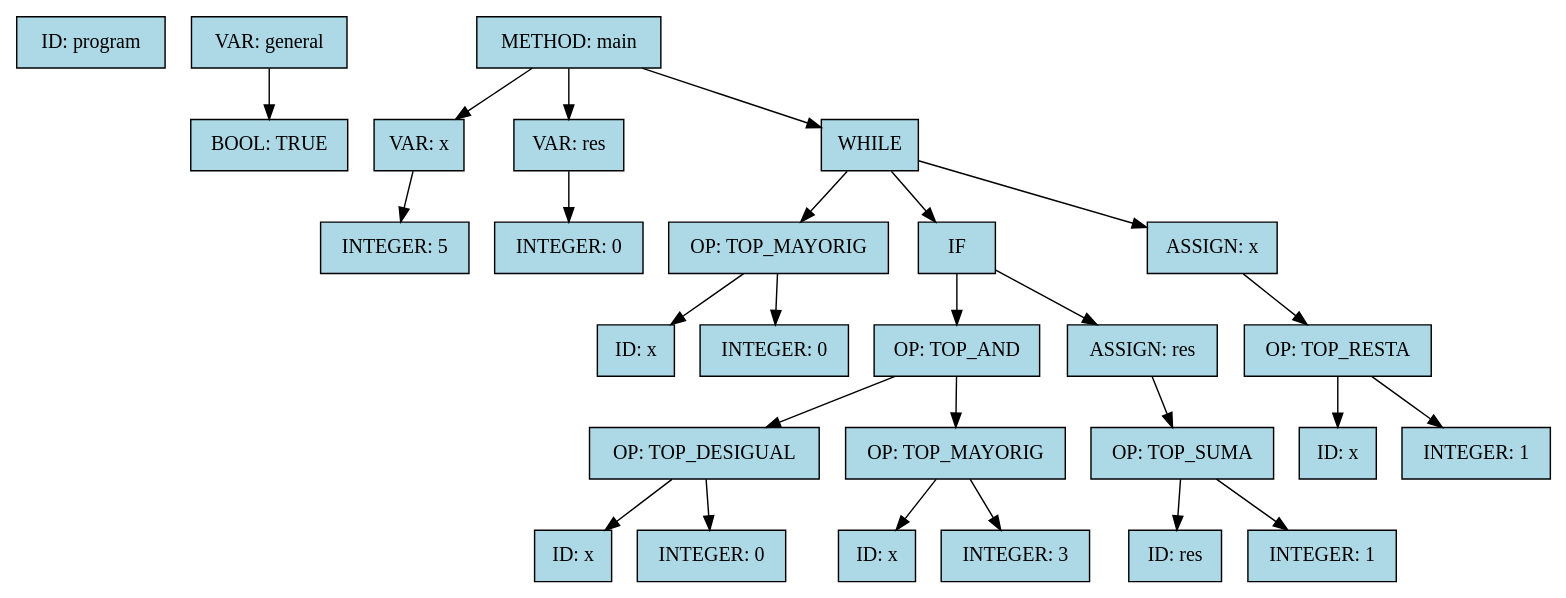
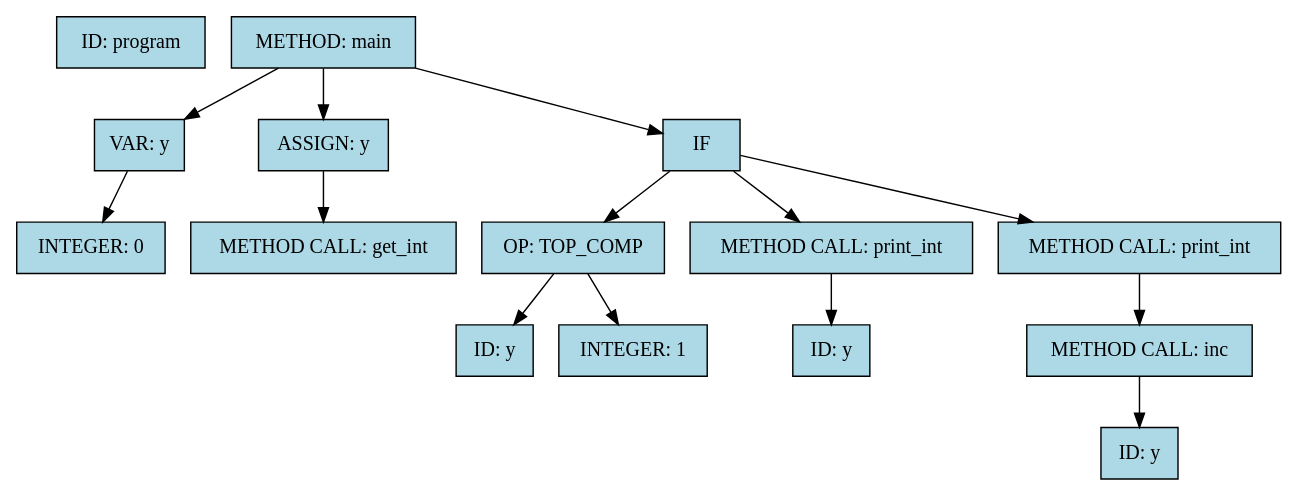
The diagram in ast.dot (joaquinmezzano/proyecto-compiladores), drawn with Graphviz before and after one commit. The commit also changed 3 other files, not shown here.

```diff
--- a/ast.dot
+++ b/ast.dot
@@ -1,57 +1,32 @@
 digraph AST {
   rankdir=TB;
   node [shape=box, style=filled, fillcolor=lightblue];
   "n0" [label="ID: program"];
-  "n1" [label="VAR: general"];
-  "n2" [label="BOOL: TRUE"];
+  "n1" [label="METHOD: main"];
+  "n2" [label="VAR: y"];
   "n1" -> "n2";
-  "n3" [label="METHOD: main"];
-  "n4" [label="VAR: x"];
-  "n3" -> "n4";
-  "n5" [label="INTEGER: 5"];
+  "n3" [label="INTEGER: 0"];
+  "n2" -> "n3";
+  "n4" [label="ASSIGN: y"];
+  "n1" -> "n4";
+  "n5" [label="METHOD CALL: get_int"];
   "n4" -> "n5";
-  "n6" [label="VAR: res"];
-  "n3" -> "n6";
-  "n7" [label="INTEGER: 0"];
+  "n6" [label="IF"];
+  "n1" -> "n6";
+  "n7" [label="OP: TOP_COMP"];
   "n6" -> "n7";
-  "n8" [label="WHILE"];
-  "n3" -> "n8";
-  "n9" [label="OP: TOP_MAYORIG"];
-  "n8" -> "n9";
-  "n10" [label="ID: x"];
-  "n9" -> "n10";
-  "n11" [label="INTEGER: 0"];
-  "n9" -> "n11";
-  "n12" [label="IF"];
-  "n8" -> "n12";
-  "n13" [label="OP: TOP_AND"];
+  "n8" [label="ID: y"];
+  "n7" -> "n8";
+  "n9" [label="INTEGER: 1"];
+  "n7" -> "n9";
+  "n10" [label="METHOD CALL: print_int"];
+  "n6" -> "n10";
+  "n11" [label="ID: y"];
+  "n10" -> "n11";
+  "n12" [label="METHOD CALL: print_int"];
+  "n6" -> "n12";
+  "n13" [label="METHOD CALL: inc"];
   "n12" -> "n13";
-  "n14" [label="OP: TOP_DESIGUAL"];
+  "n14" [label="ID: y"];
   "n13" -> "n14";
-  "n15" [label="ID: x"];
-  "n14" -> "n15";
-  "n16" [label="INTEGER: 0"];
-  "n14" -> "n16";
-  "n17" [label="OP: TOP_MAYORIG"];
-  "n13" -> "n17";
-  "n18" [label="ID: x"];
-  "n17" -> "n18";
-  "n19" [label="INTEGER: 3"];
-  "n17" -> "n19";
-  "n20" [label="ASSIGN: res"];
-  "n12" -> "n20";
-  "n21" [label="OP: TOP_SUMA"];
-  "n20" -> "n21";
-  "n22" [label="ID: res"];
-  "n21" -> "n22";
-  "n23" [label="INTEGER: 1"];
-  "n21" -> "n23";
-  "n24" [label="ASSIGN: x"];
-  "n8" -> "n24";
-  "n25" [label="OP: TOP_RESTA"];
-  "n24" -> "n25";
-  "n26" [label="ID: x"];
-  "n25" -> "n26";
-  "n27" [label="INTEGER: 1"];
-  "n25" -> "n27";
 }
```
